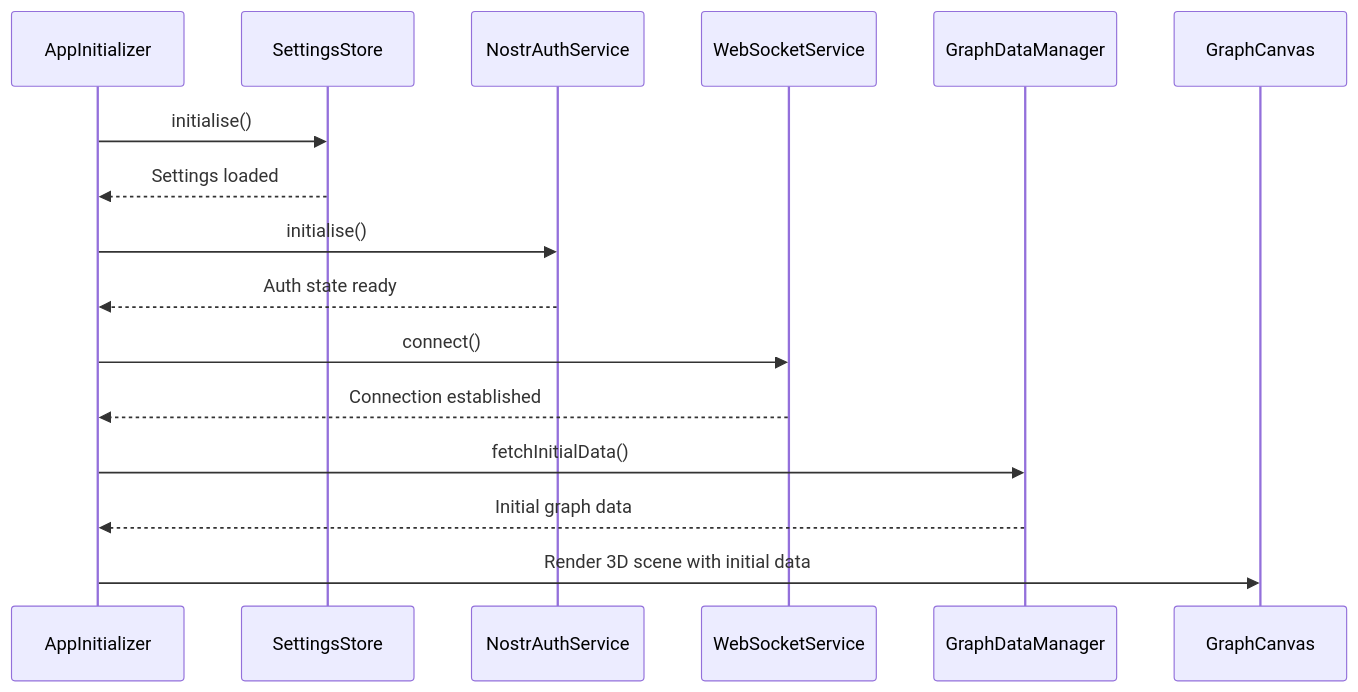
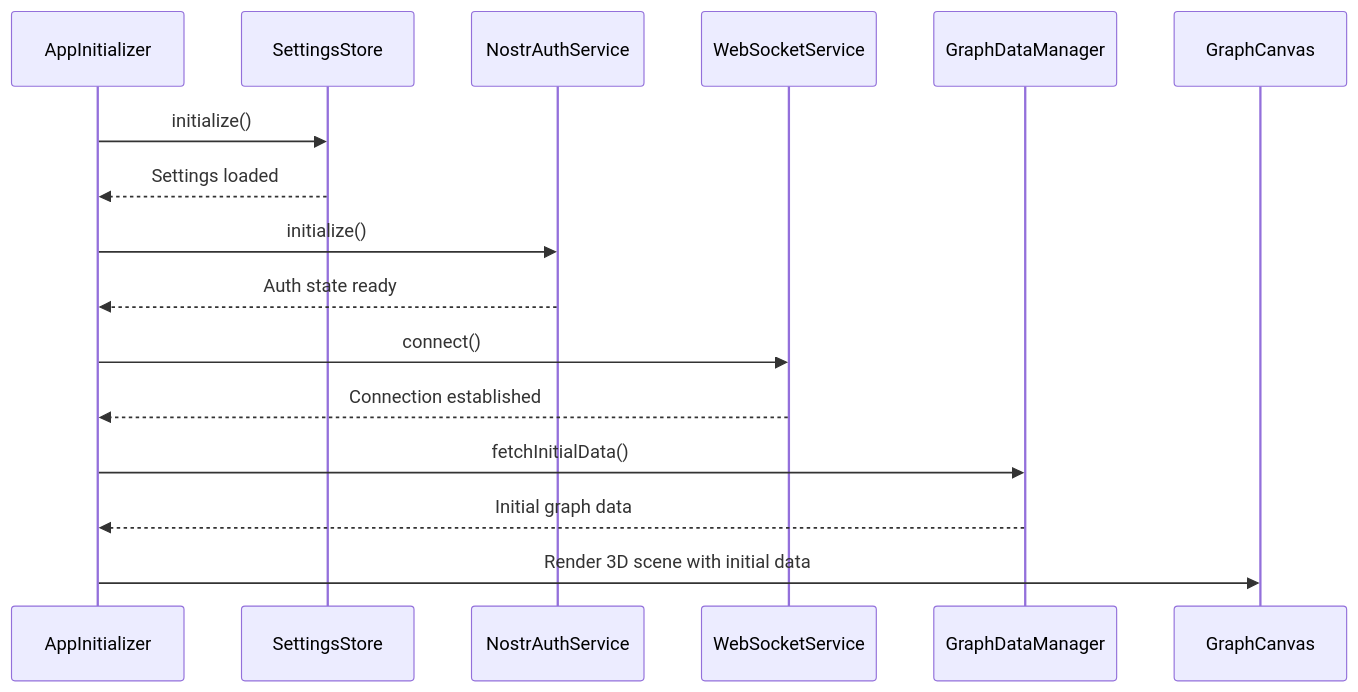
The second of 2 diagrams in docs/client/components.md (DreamLab-AI/VisionFlow), drawn with Mermaid before and after one commit. The commit also changed other lines of this file and 61 other files, not shown here.

````diff
--- a/docs/client/components.md
+++ b/docs/client/components.md
@@ -313,23 +313,23 @@
 ```mermaid
 sequenceDiagram
     participant AppInitializer
     participant SettingsStore
     participant NostrAuthService
     participant WebSocketService
     participant GraphDataManager
     participant GraphCanvas
 
-    AppInitializer->>SettingsStore: initialise()
+    AppInitializer->>SettingsStore: initialize()
     SettingsStore-->>AppInitializer: Settings loaded
 
-    AppInitializer->>NostrAuthService: initialise()
+    AppInitializer->>NostrAuthService: initialize()
     NostrAuthService-->>AppInitializer: Auth state ready
 
     AppInitializer->>WebSocketService: connect()
     WebSocketService-->>AppInitializer: Connection established
 
     AppInitializer->>GraphDataManager: fetchInitialData()
     GraphDataManager-->>AppInitializer: Initial graph data
 
     AppInitializer->>GraphCanvas: Render 3D scene with initial data
 ```
````
